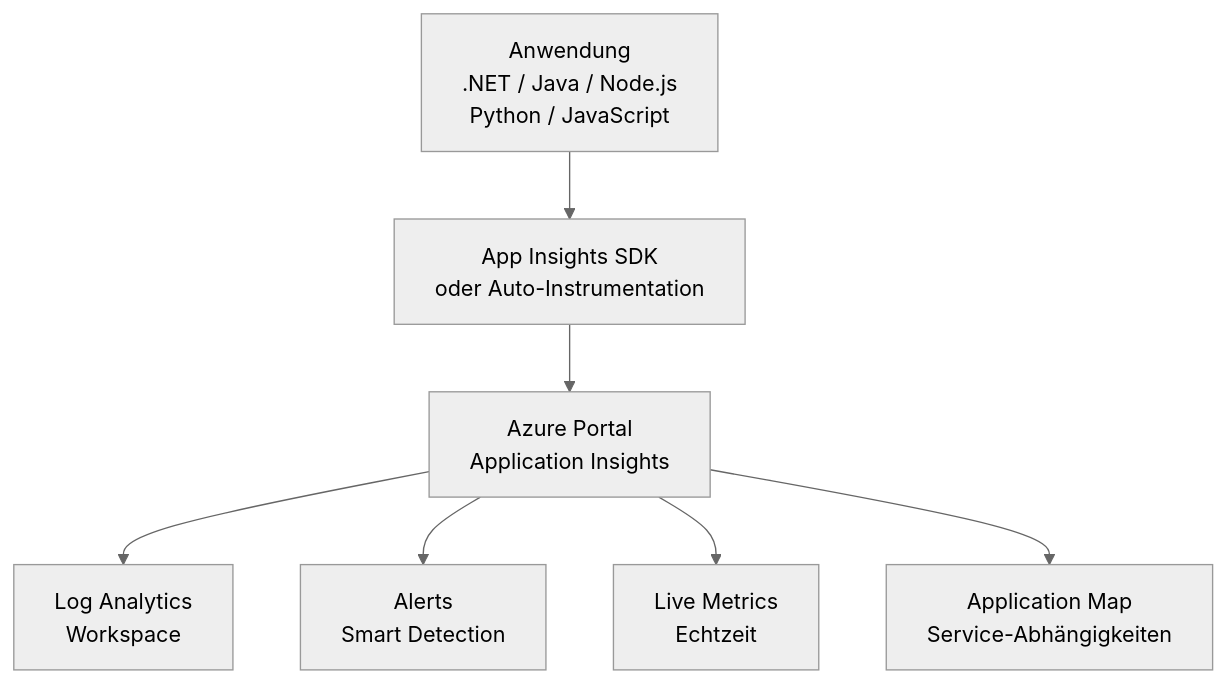
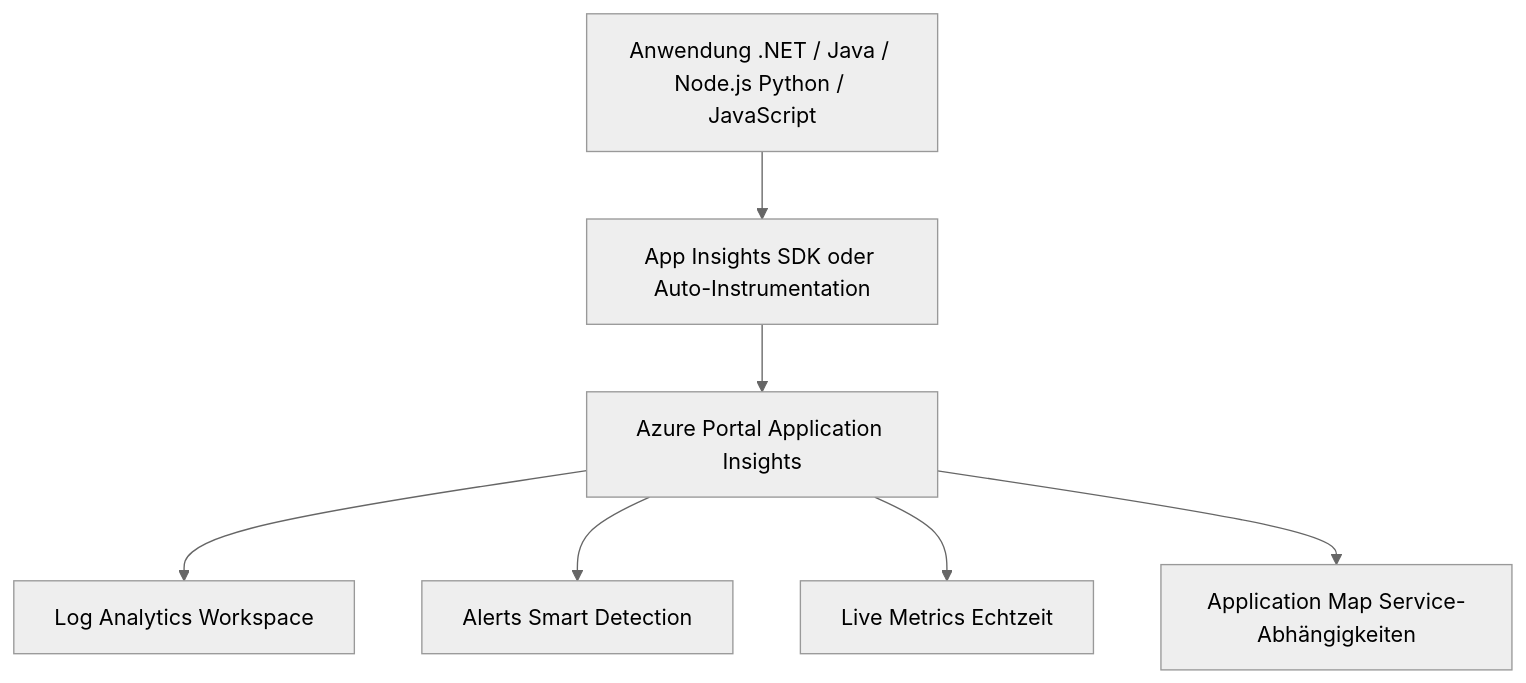
The first of 3 diagrams in Microsoft 365/Azure/Monitor und Management/Application Insights.md (SoniiiT/notes-n-docs), drawn with Mermaid (neutral theme) before and after one commit. The commit also changed other lines of this file and 124 other files, not shown here.

First line of the commit message:
fix: Entferne \n aus allen Mermaid-Diagrammen (125 Dateien)

````diff
--- a/Microsoft 365/Azure/Monitor und Management/Application Insights.md
+++ b/Microsoft 365/Azure/Monitor und Management/Application Insights.md
@@ -30,17 +30,17 @@
 ```mermaid
 graph TD
-    App["Anwendung\n.NET / Java / Node.js\nPython / JavaScript"]
-    SDK["App Insights SDK\noder Auto-Instrumentation"]
-    Portal["Azure Portal\nApplication Insights"]
-    LAW["Log Analytics\nWorkspace"]
-    Alerts["Alerts\nSmart Detection"]
-    LiveMetrics["Live Metrics\nEchtzeit"]
-    AppMap["Application Map\nService-Abhängigkeiten"]
+    App["Anwendung .NET / Java / Node.js Python / JavaScript"]
+    SDK["App Insights SDK oder Auto-Instrumentation"]
+    Portal["Azure Portal Application Insights"]
+    LAW["Log Analytics Workspace"]
+    Alerts["Alerts Smart Detection"]
+    LiveMetrics["Live Metrics Echtzeit"]
+    AppMap["Application Map Service-Abhängigkeiten"]
 
     App --> SDK
     SDK --> Portal
     Portal --> LAW
     Portal --> Alerts
     Portal --> LiveMetrics
     Portal --> AppMap
 ```
````
